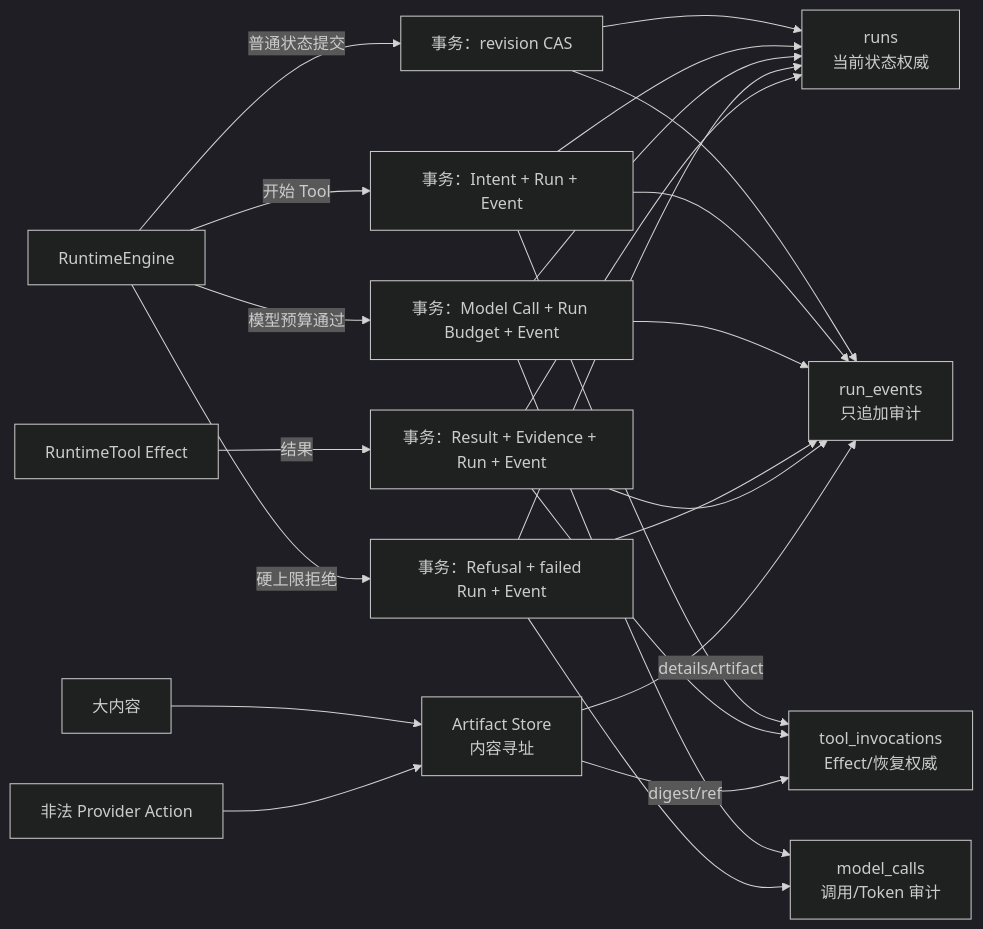
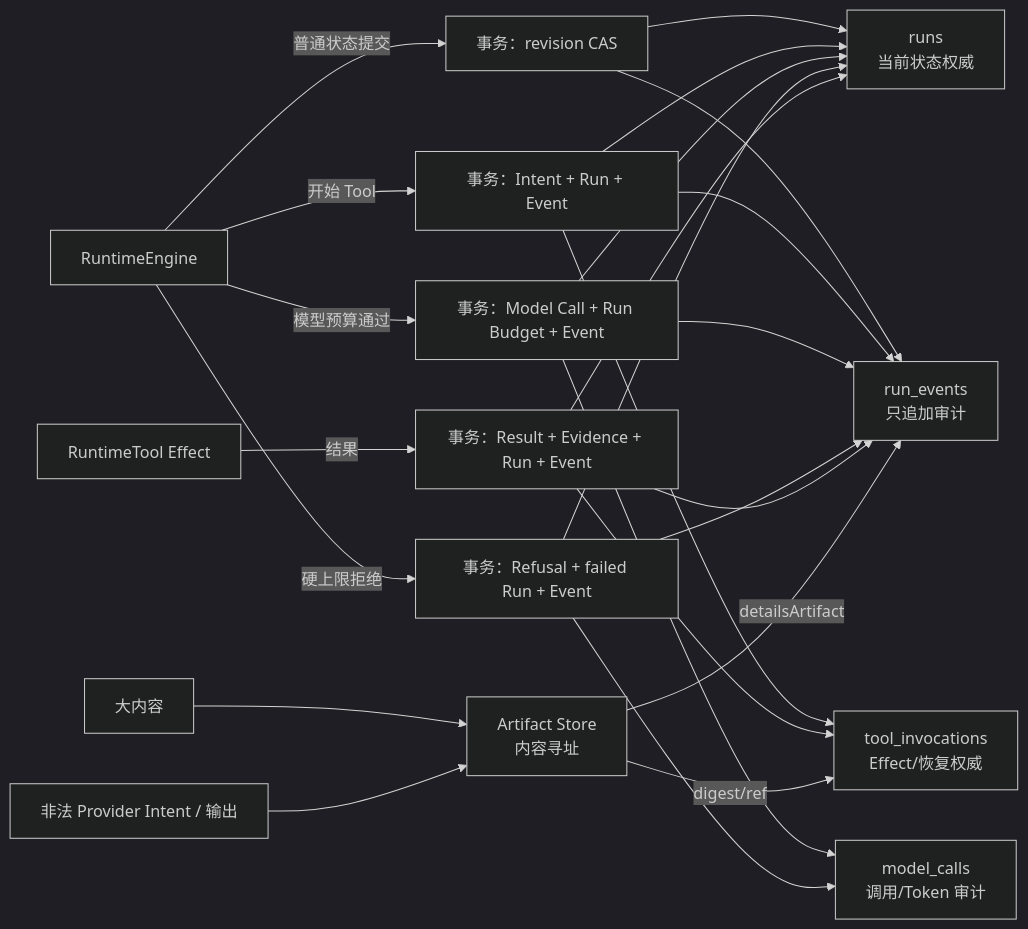
Before and after one commit to Atman-Angle/Nexora-Agent: the second of 3 diagrams in DATA_FLOW.md, drawn with Mermaid (dark theme). The commit also changed other lines of this file and 69 other files, not shown here.

````diff
--- a/DATA_FLOW.md
+++ b/DATA_FLOW.md
@@ -94,30 +97,30 @@
 ```mermaid
 flowchart LR
     RUNTIME["RuntimeEngine"] -->|"普通状态提交"| TX1["事务：revision CAS"]
     TX1 --> RUNS["runs<br/>当前状态权威"]
     TX1 --> EVENTS["run_events<br/>只追加审计"]
 
     RUNTIME -->|"开始 Tool"| TX2["事务：Intent + Run + Event"]
     TX2 --> INV["tool_invocations<br/>Effect/恢复权威"]
     TX2 --> RUNS
     TX2 --> EVENTS
 
     RUNTIME -->|"模型预算通过"| TXM["事务：Model Call + Run Budget + Event"]
     TXM --> CALLS["model_calls<br/>调用/Token 审计"]
     TXM --> RUNS
     TXM --> EVENTS
     RUNTIME -->|"硬上限拒绝"| TXR["事务：Refusal + failed Run + Event"]
     TXR --> CALLS
     TXR --> RUNS
     TXR --> EVENTS
 
     TOOL["RuntimeTool Effect"] -->|"结果"| TX3["事务：Result + Evidence + Run + Event"]
     TX3 --> INV
     TX3 --> RUNS
     TX3 --> EVENTS
 
     LARGE["大内容"] --> ART["Artifact Store<br/>内容寻址"]
     ART -->|"digest/ref"| INV
-    REJECTED["非法 Provider Action"] --> ART
+    REJECTED["非法 Provider Intent / 输出"] --> ART
     ART -->|"detailsArtifact"| EVENTS
 ```
````
